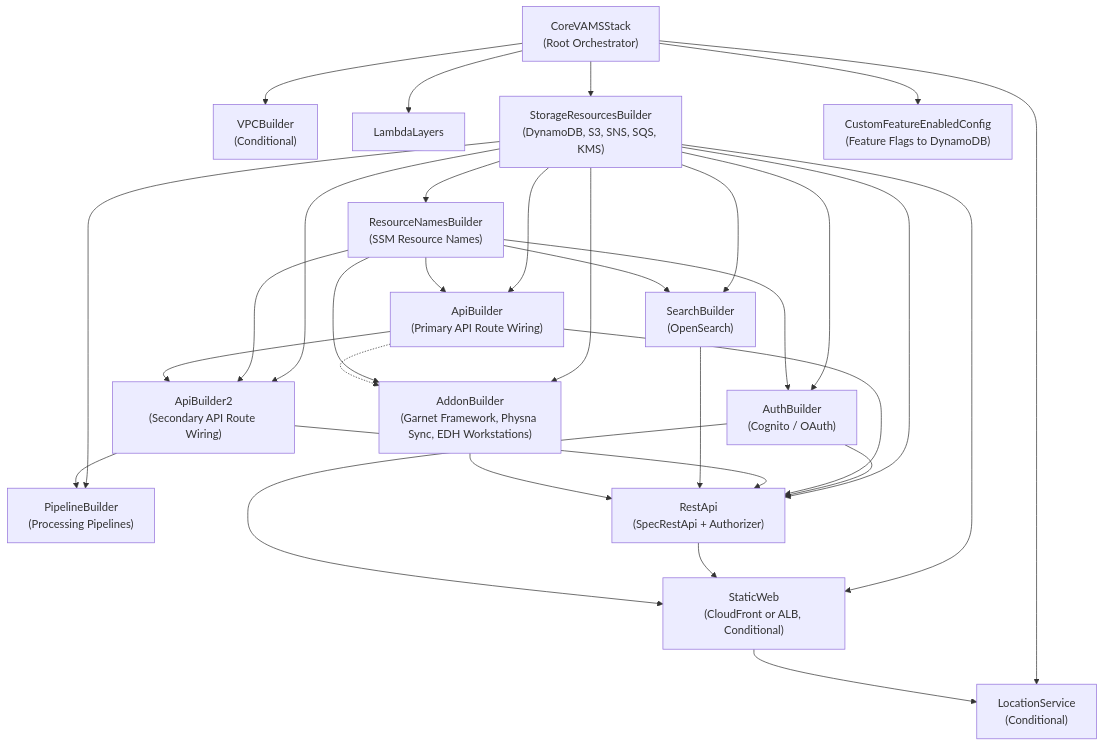
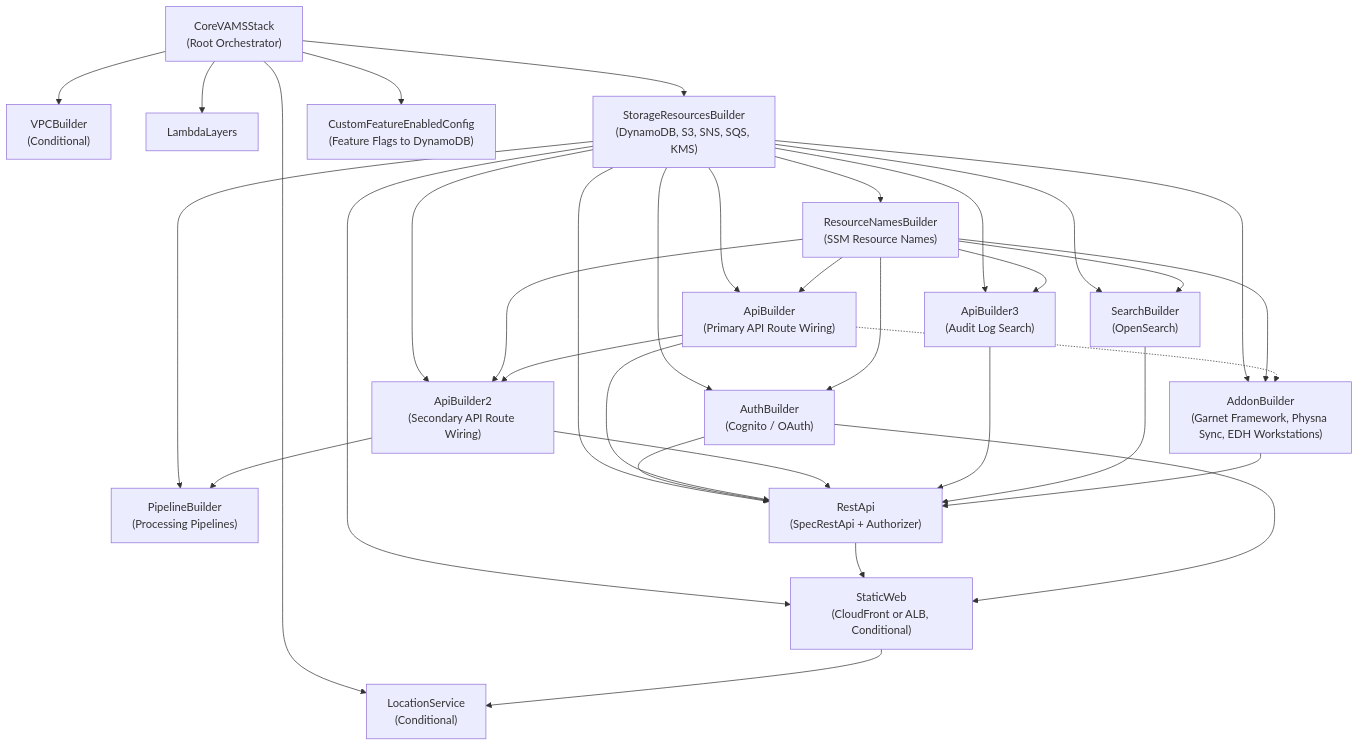
Before and after one commit to awslabs/visual-asset-management-system: the third of 3 diagrams in documentation/docusaurus-site/docs/architecture/overview.md, drawn with Mermaid. The commit also changed 11 other files, not shown here.

First line of the commit message:
Document the minimal ApiBuilder3 move and guard the shipped and worst-case cells (#1535)

````diff
--- a/documentation/docusaurus-site/docs/architecture/overview.md
+++ b/documentation/docusaurus-site/docs/architecture/overview.md
@@ -132,49 +132,53 @@
 ```mermaid
 graph TD
     Core["CoreVAMSStack<br/>(Root Orchestrator)"]
     VPC["VPCBuilder<br/>(Conditional)"]
     Layers["LambdaLayers"]
     Storage["StorageResourcesBuilder<br/>(DynamoDB, S3, SNS, SQS, KMS)"]
     Names["ResourceNamesBuilder<br/>(SSM Resource Names)"]
     Auth["AuthBuilder<br/>(Cognito / OAuth)"]
     APIBuilder["ApiBuilder<br/>(Primary API Route Wiring)"]
     APIBuilder2["ApiBuilder2<br/>(Secondary API Route Wiring)"]
+    APIBuilder3["ApiBuilder3<br/>(Audit Log Search)"]
     Search["SearchBuilder<br/>(OpenSearch)"]
     Pipelines["PipelineBuilder<br/>(Processing Pipelines)"]
     Addons["AddonBuilder<br/>(Garnet Framework, Physna Sync, EDH Workstations)"]
     API["RestApi<br/>(SpecRestApi + Authorizer)"]
     StaticWeb["StaticWeb<br/>(CloudFront or ALB, Conditional)"]
     Location["LocationService<br/>(Conditional)"]
     Features["CustomFeatureEnabledConfig<br/>(Feature Flags to DynamoDB)"]
 
     Core --> VPC
     Core --> Layers
     Core --> Storage
     Core --> Location
     Core --> Features
     Storage --> Names
     Storage --> Auth
     Names --> Auth
     Storage --> APIBuilder
     Names --> APIBuilder
     Storage --> APIBuilder2
     Names --> APIBuilder2
+    Storage --> APIBuilder3
+    Names --> APIBuilder3
     APIBuilder --> APIBuilder2
     Storage --> Search
     Names --> Search
     Storage --> Pipelines
     APIBuilder2 --> Pipelines
     Storage --> Addons
     Names --> Addons
     APIBuilder -.-> Addons
     Storage --> API
     Auth --> API
     APIBuilder --> API
     APIBuilder2 --> API
+    APIBuilder3 --> API
     Search --> API
     Addons --> API
     Storage --> StaticWeb
     API --> StaticWeb
     Auth --> StaticWeb
     StaticWeb --> Location
 ```
````
